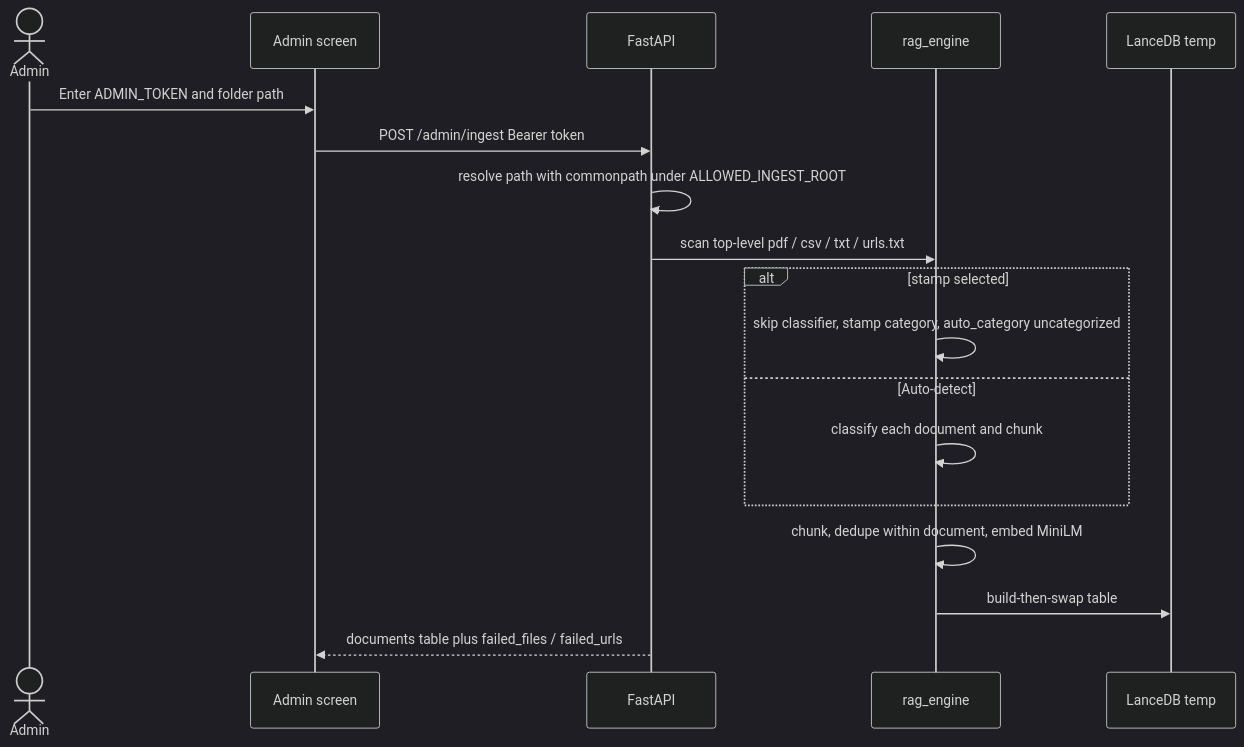
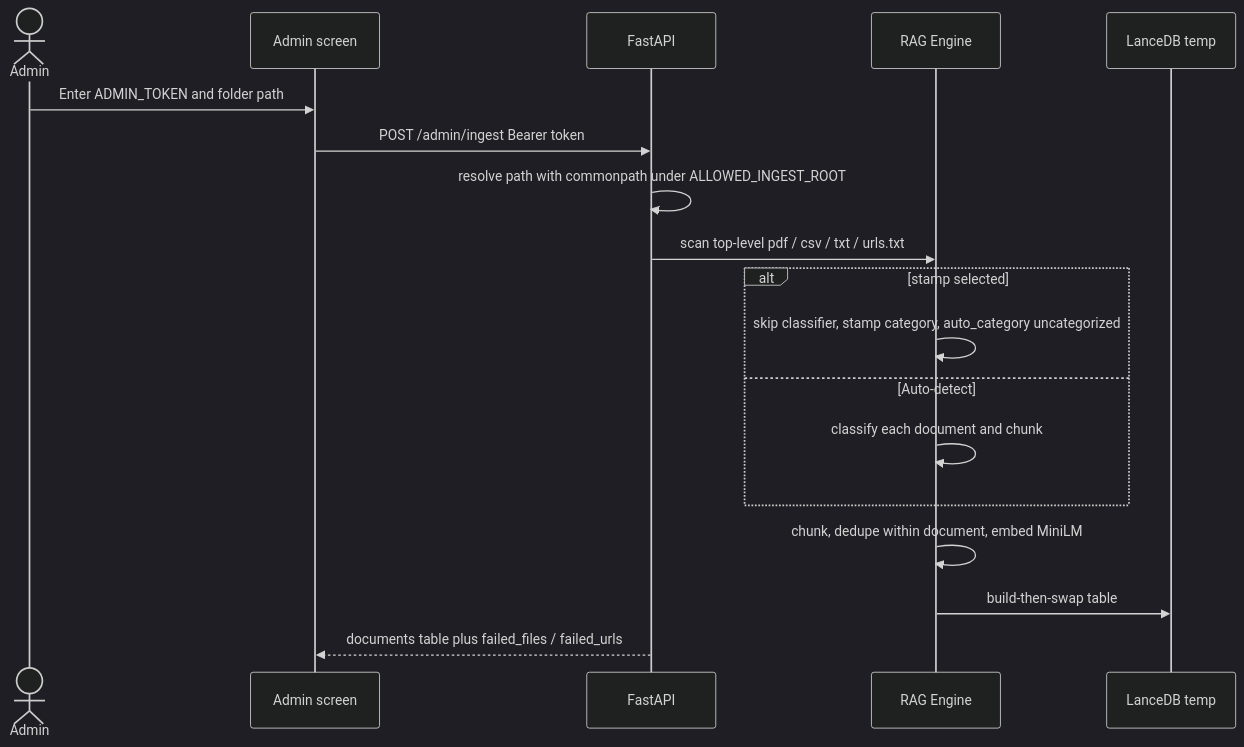
One commit to parialeauge/outskillai changed the second of 3 diagrams in README.md. Above: the diagram before and after it, drawn with Mermaid (dark theme). The commit also changed other lines of this file and 39 other files, not shown here.

````diff
--- a/README.md
+++ b/README.md
@@ -87,21 +80,21 @@
 ```mermaid
 sequenceDiagram
   actor Admin
   participant UI as Admin screen
   participant API as FastAPI
-  participant RAG as rag_engine
+  participant RAG as RAG Engine
   participant DB as LanceDB temp
 
   Admin->>UI: Enter ADMIN_TOKEN and folder path
   UI->>API: POST /admin/ingest Bearer token
   API->>API: resolve path with commonpath under ALLOWED_INGEST_ROOT
   API->>RAG: scan top-level pdf / csv / txt / urls.txt
   alt stamp selected
     RAG->>RAG: skip classifier, stamp category, auto_category uncategorized
   else Auto-detect
     RAG->>RAG: classify each document and chunk
   end
   RAG->>RAG: chunk, dedupe within document, embed MiniLM
   RAG->>DB: build-then-swap table
   API-->>UI: documents table plus failed_files / failed_urls
 ```
````
